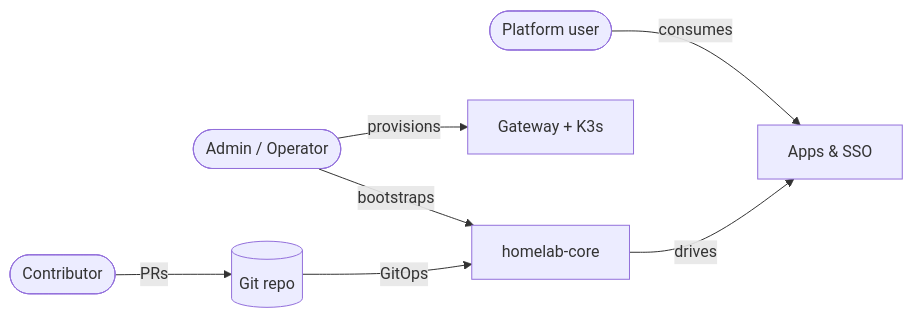
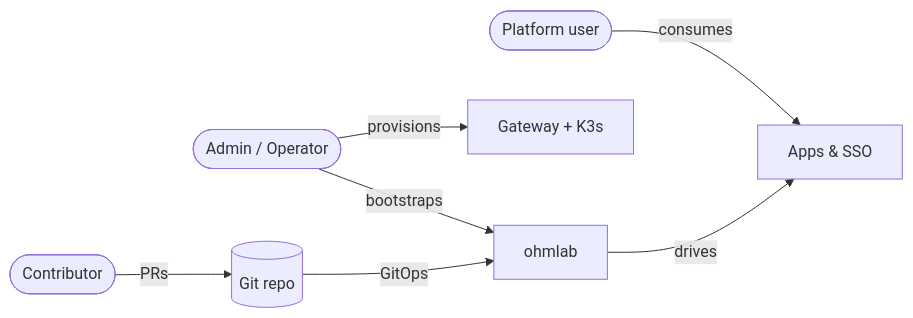
The first of 2 diagrams in docs/06-projects.md (this-is-tobi/homelab), drawn with Mermaid before and after one commit. The commit also changed other lines of this file and 14 other files, not shown here.

First line of the commit message:
chore: finish homelab-core→ohmlab rename and remove dead code

````diff
--- a/docs/06-projects.md
+++ b/docs/06-projects.md
@@ -5,13 +5,13 @@
 ```mermaid
 flowchart LR
     admin([Admin / Operator])
     user([Platform user])
     contrib([Contributor])
 
     admin -->|provisions| infra[Gateway + K3s]
-    admin -->|bootstraps| core[homelab-core]
+    admin -->|bootstraps| core[ohmlab]
     core -->|drives| platforms[Apps & SSO]
     user -->|consumes| platforms
     contrib -->|PRs| repo[(Git repo)]
     repo -->|GitOps| core
 ```
````
